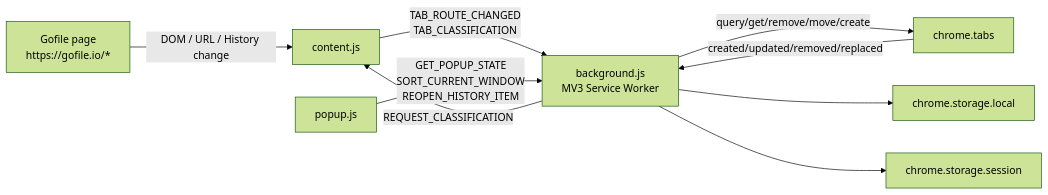
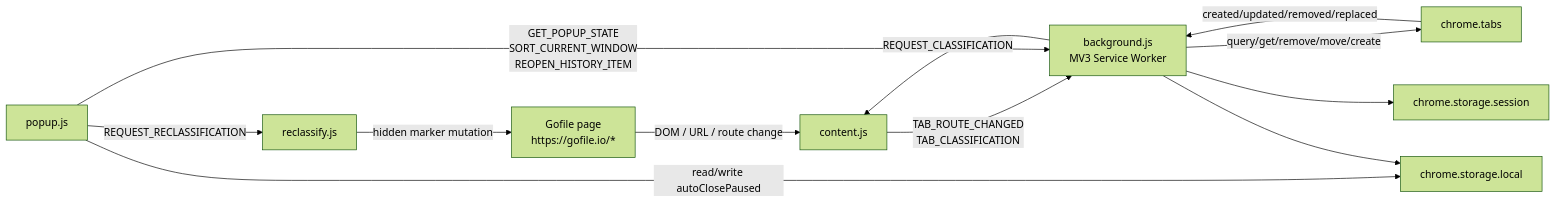
One commit to Hoyomaru/gofile-tab-manager changed the first of 5 diagrams in docs/ARCHITECTURE.md. Above: the diagram before and after it, drawn with Mermaid (forest theme). The commit also changed other lines of this file and 8 other files, not shown here.

````diff
--- a/docs/ARCHITECTURE.md
+++ b/docs/ARCHITECTURE.md
@@ -9,19 +9,23 @@
 ```mermaid
 flowchart LR
     Page[Gofile page\nhttps://gofile.io/*]
     CS[content.js]
+    RC[reclassify.js]
     BG[background.js\nMV3 Service Worker]
     Popup[popup.js]
     Tabs[chrome.tabs]
     Local[chrome.storage.local]
     Session[chrome.storage.session]
 
-    Page -->|DOM / URL / History change| CS
+    Page -->|DOM / URL / route change| CS
     CS -->|TAB_ROUTE_CHANGED\nTAB_CLASSIFICATION| BG
     BG -->|REQUEST_CLASSIFICATION| CS
+    Popup -->|REQUEST_RECLASSIFICATION| RC
+    RC -->|hidden marker mutation| Page
     Popup -->|GET_POPUP_STATE\nSORT_CURRENT_WINDOW\nREOPEN_HISTORY_ITEM| BG
+    Popup -->|read/write autoClosePaused| Local
     BG -->|query/get/remove/move/create| Tabs
     BG --> Local
     BG --> Session
     Tabs -->|created/updated/removed/replaced| BG
 ```
````
